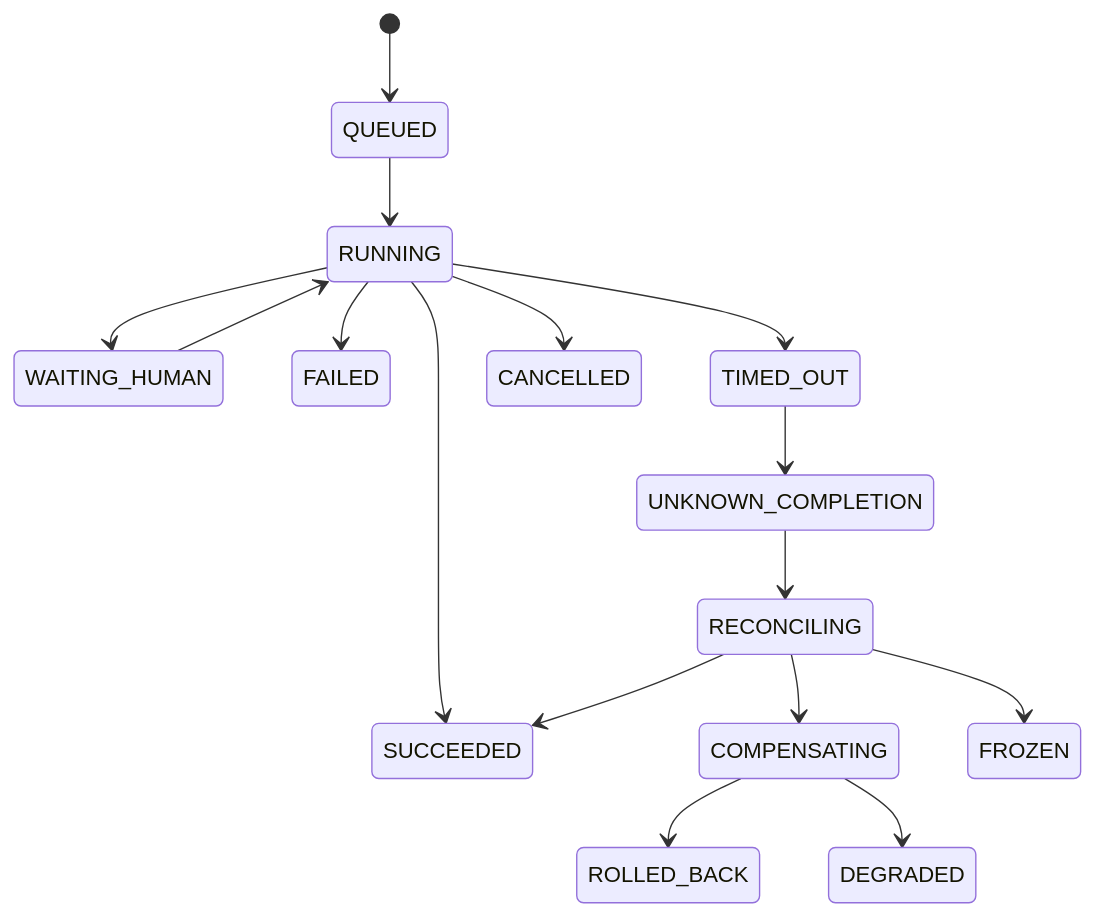
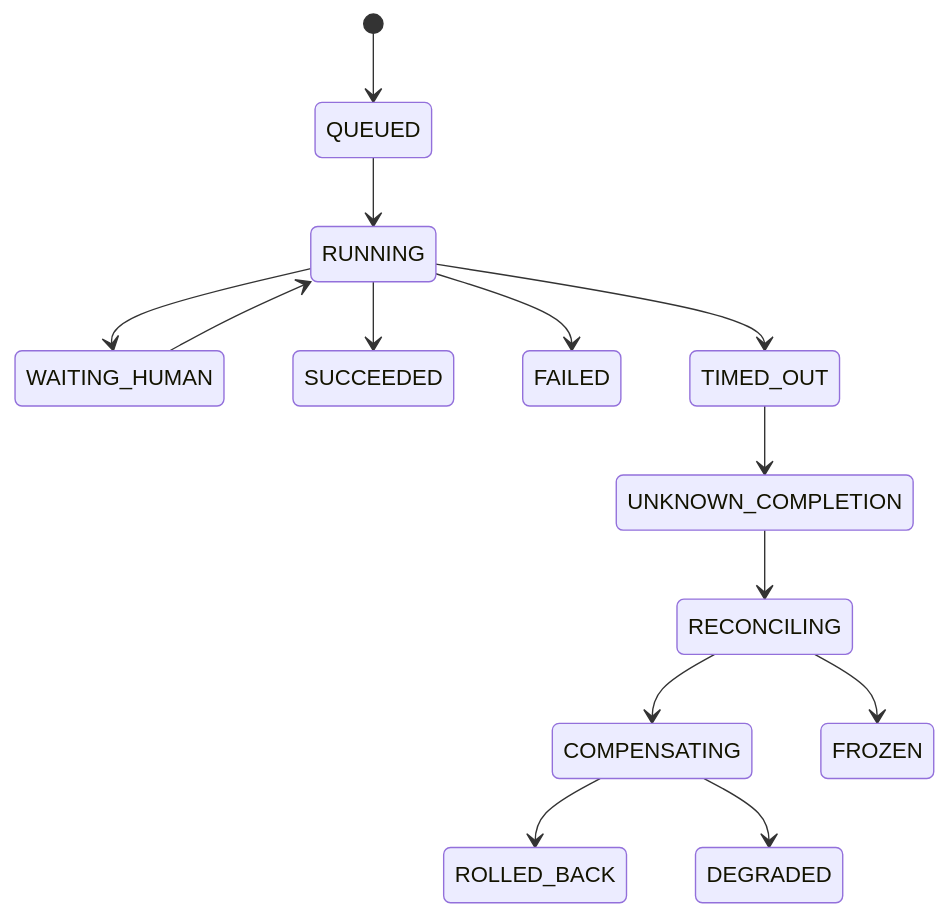
One commit to ed3c/fde-agent-platform changed the fourth of 4 diagrams in docs/architecture/README.md. Above: the diagram before and after it, drawn with Mermaid. The commit also changed other lines of this file and 8 other files, not shown here.

First line of the commit message:
docs(architecture): reconcile Stage B4 closure and Agent map

````diff
--- a/docs/architecture/README.md
+++ b/docs/architecture/README.md
@@ -206,18 +169,16 @@
 ```mermaid
 stateDiagram-v2
-    [*] --> QUEUED
-    QUEUED --> RUNNING
-    RUNNING --> WAITING_HUMAN
-    WAITING_HUMAN --> RUNNING
-    RUNNING --> SUCCEEDED
-    RUNNING --> FAILED
-    RUNNING --> TIMED_OUT
-    TIMED_OUT --> UNKNOWN_COMPLETION
-    UNKNOWN_COMPLETION --> RECONCILING
-    RECONCILING --> SUCCEEDED
-    RECONCILING --> COMPENSATING
-    RECONCILING --> FROZEN
-    COMPENSATING --> ROLLED_BACK
-    COMPENSATING --> DEGRADED
-    RUNNING --> CANCELLED
+  [*] --> QUEUED
+  QUEUED --> RUNNING
+  RUNNING --> WAITING_HUMAN
+  WAITING_HUMAN --> RUNNING
+  RUNNING --> SUCCEEDED
+  RUNNING --> FAILED
+  RUNNING --> TIMED_OUT
+  TIMED_OUT --> UNKNOWN_COMPLETION
+  UNKNOWN_COMPLETION --> RECONCILING
+  RECONCILING --> COMPENSATING
+  RECONCILING --> FROZEN
+  COMPENSATING --> ROLLED_BACK
+  COMPENSATING --> DEGRADED
 ```
````
